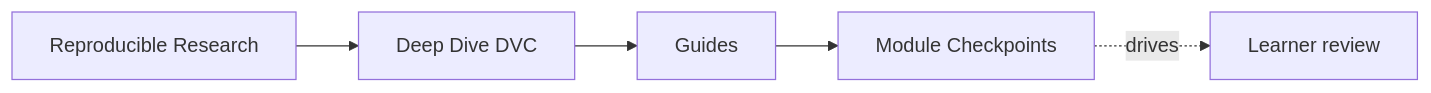
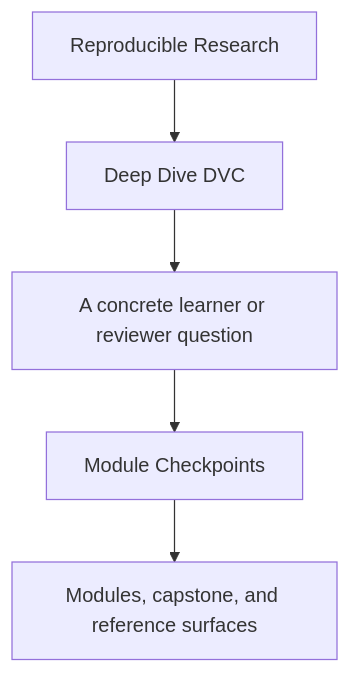
One commit to bijux/bijux-masterclass changed the first of 2 diagrams in programs/reproducible-research/deep-dive-dvc/course-book/guides/module-checkpoints.md. Above: the diagram before and after it, drawn with Mermaid. The commit also changed other lines of this file and 31 other files, not shown here.

Commit message:
docs(deep-dive-dvc): sharpen guide and reference diagrams

````diff
--- a/programs/reproducible-research/deep-dive-dvc/course-book/guides/module-checkpoints.md
+++ b/programs/reproducible-research/deep-dive-dvc/course-book/guides/module-checkpoints.md
@@ -9,11 +9,7 @@
 ```mermaid
-graph LR
-  family["Reproducible Research"]
-  program["Deep Dive DVC"]
-  section["Guides"]
-  page["Module Checkpoints"]
-  review["Learner review"]
-
-  family --> program --> section --> page
-  page -.drives.-> review
+flowchart TD
+  family["Reproducible Research"] --> program["Deep Dive DVC"]
+  program --> pressure["A concrete learner or reviewer question"]
+  pressure --> guide["Module Checkpoints"]
+  guide --> next["Modules, capstone, and reference surfaces"]
 ```
````
